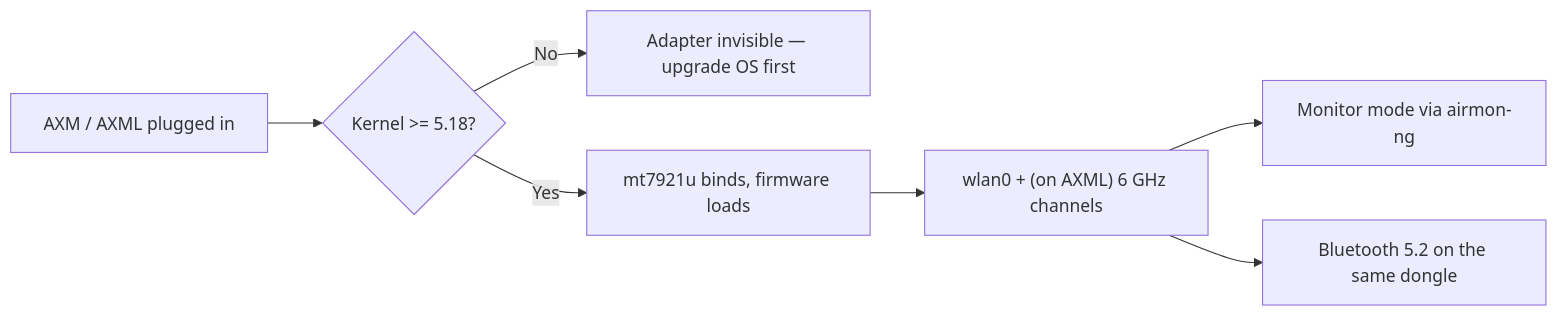
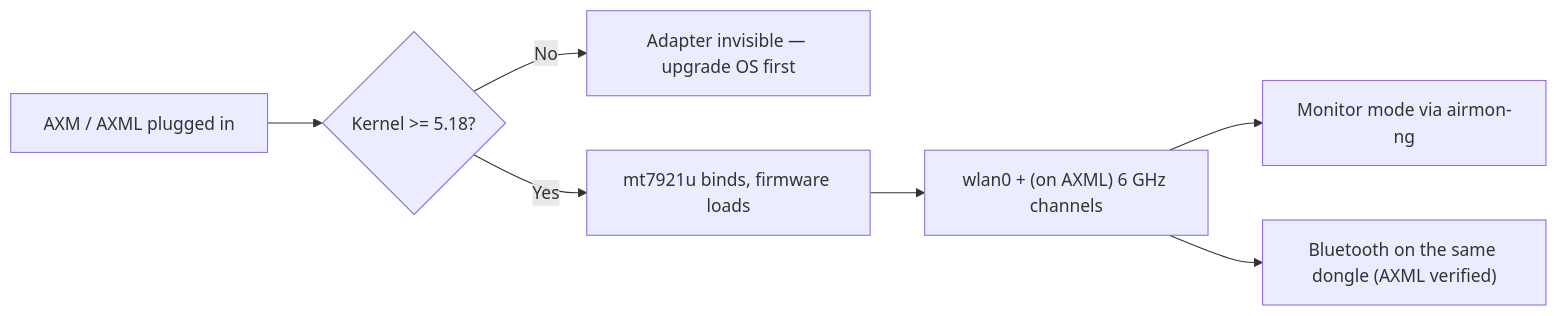
Before and after one commit to yopitek/yupitek-wiki: the diagram in docs/01-alfa-network/drivers/mt7921aun/index.md, drawn with Mermaid. The commit also changed other lines of this file and 108 other files, not shown here.

````diff
--- a/docs/01-alfa-network/drivers/mt7921aun/index.md
+++ b/docs/01-alfa-network/drivers/mt7921aun/index.md
@@ -24,9 +42,9 @@
 ```mermaid
 flowchart LR
     A["AXM / AXML plugged in"] --> B{"Kernel >= 5.18?"}
     B -->|"No"| C["Adapter invisible — upgrade OS first"]
     B -->|"Yes"| D["mt7921u binds, firmware loads"]
     D --> E["wlan0 + (on AXML) 6 GHz channels"]
     E --> F["Monitor mode via airmon-ng"]
-    E --> G["Bluetooth 5.2 on the same dongle"]
+    E --> G["Bluetooth on the same dongle (AXML verified)"]
 ```
````
